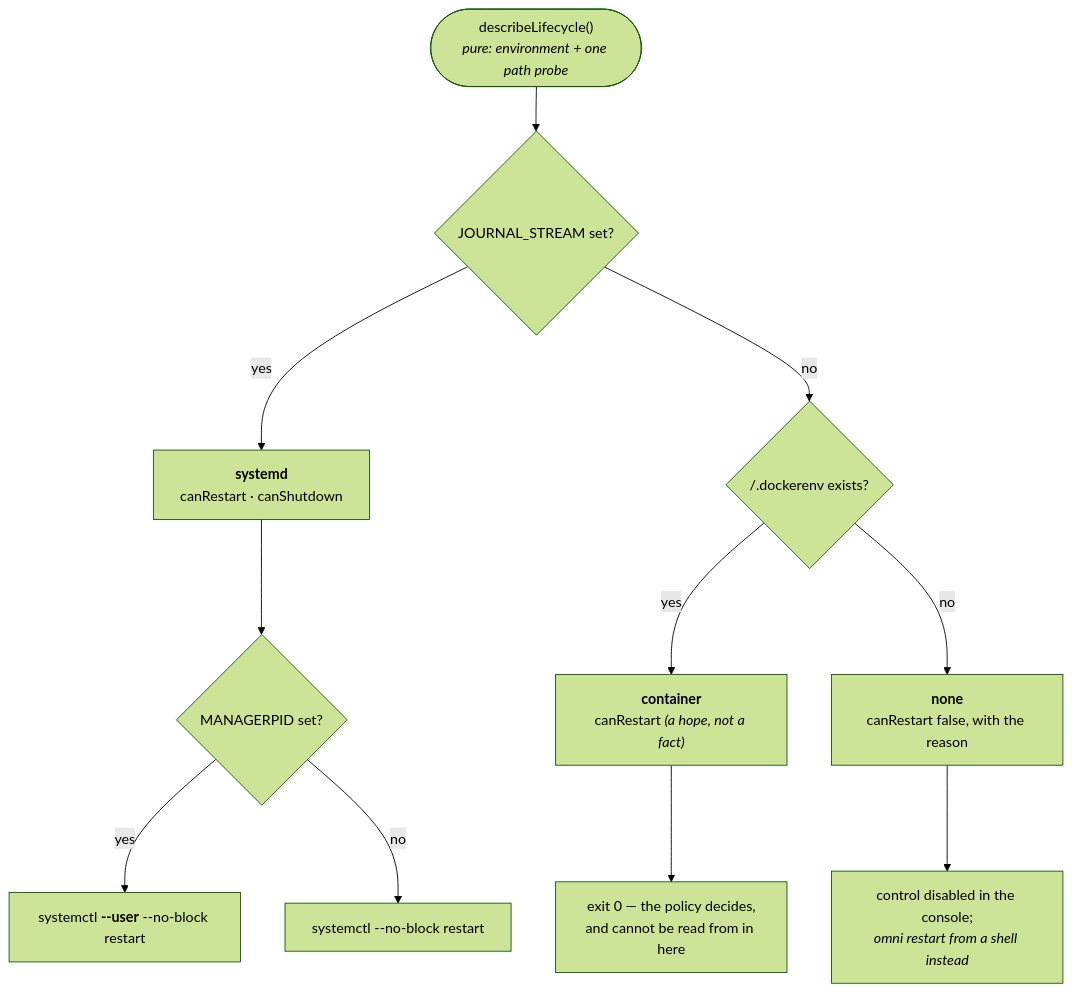
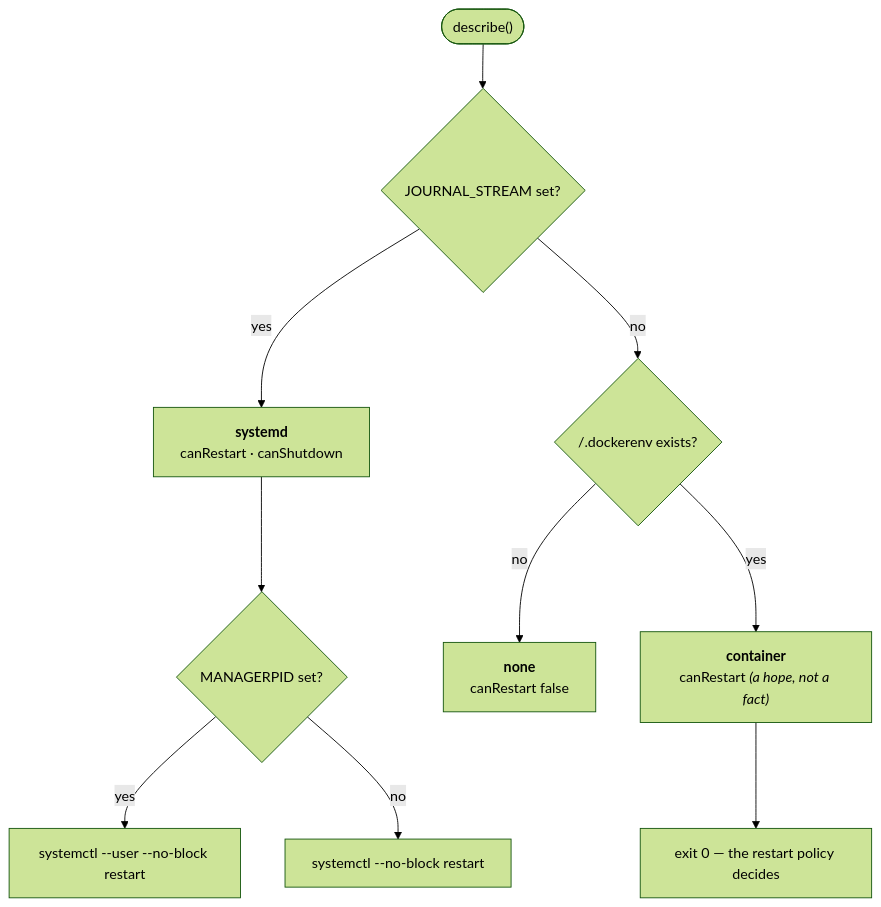
One commit to harismawan/omnigateway changed the tenth of 12 diagrams in ARCHITECTURE.md. Above: the diagram before and after it, drawn with Mermaid (forest theme). The commit also changed other lines of this file, not shown here.

First line of the commit message:
docs: rewrite ARCHITECTURE.md against the Rust crates

````diff
--- a/ARCHITECTURE.md
+++ b/ARCHITECTURE.md
@@ -576,15 +568,12 @@
 ```mermaid
 flowchart TD
-  q(["describeLifecycle()<br/><i>pure: environment + one path probe</i>"]) --> j{JOURNAL_STREAM set?}
+  q(["describe()"]) --> j{JOURNAL_STREAM set?}
   j -- yes --> sd["<b>systemd</b><br/>canRestart · canShutdown"]
   j -- no --> d{"/.dockerenv exists?"}
   d -- yes --> ct["<b>container</b><br/>canRestart <i>(a hope, not a fact)</i>"]
-  d -- no --> nn["<b>none</b><br/>canRestart false, with the reason"]
-
+  d -- no --> nn["<b>none</b><br/>canRestart false"]
   sd --> scope{"MANAGERPID set?"}
-  scope -- yes --> user["systemctl <b>--user</b> --no-block restart"]
+  scope -- yes --> user["systemctl --user --no-block restart"]
   scope -- no --> sys["systemctl --no-block restart"]
-
-  ct --> exit["exit 0 — the policy decides,<br/>and cannot be read from in here"]
-  nn --> refuse["control disabled in the console;<br/><i>omni restart from a shell instead</i>"]
+  ct --> exit["exit 0 — the restart policy decides"]
 ```
````
